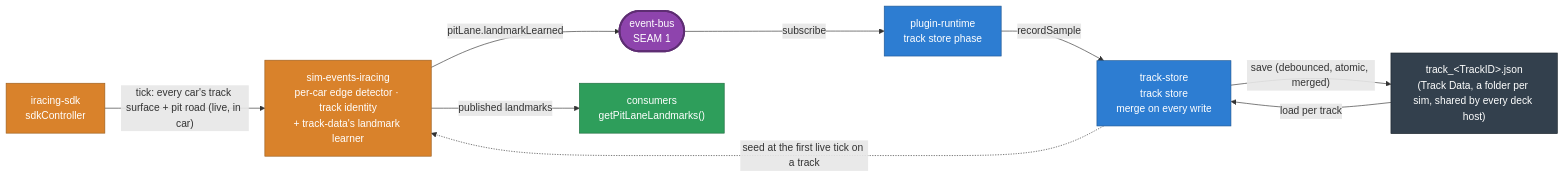
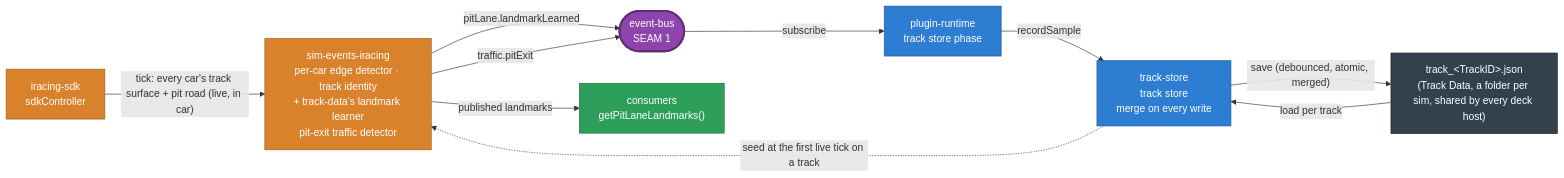
One commit to niklam/iracedeck changed the sixth of 9 diagrams in packages/website/src/content/docs/docs/development/architecture.md. Above: the diagram before and after it, drawn with Mermaid. The commit also changed other lines of this file and 234 other files, not shown here.

First line of the commit message:
feat(race-engineer): warn about traffic at the pit exit (#1113) (#1725)

````diff
--- a/packages/website/src/content/docs/docs/development/architecture.md
+++ b/packages/website/src/content/docs/docs/development/architecture.md
@@ -249,25 +249,26 @@
 ```mermaid
 flowchart LR
   sdk["iracing-sdk<br/>sdkController"]:::sim
-  trans["sim-events-iracing<br/>per-car edge detector · track identity<br/>+ track-data's landmark learner"]:::sim
+  trans["sim-events-iracing<br/>per-car edge detector · track identity<br/>+ track-data's landmark learner<br/>pit-exit traffic detector"]:::sim
   bus(["event-bus<br/>SEAM 1"]):::seam
   plugin["plugin-runtime<br/>track store phase"]:::core
   store["track-store<br/>track store<br/>merge on every write"]:::core
   file["track_&lt;TrackID&gt;.json<br/>(Track Data, a folder per sim, shared by every deck host)"]:::ext
   consumers["consumers<br/>getPitLaneLandmarks()"]:::audio
 
   sdk -->|"tick: every car's track surface + pit road (live, in car)"| trans
   trans -->|"pitLane.landmarkLearned"| bus
+  trans -->|"traffic.pitExit"| bus
   bus -->|"subscribe"| plugin
   plugin -->|"recordSample"| store
   store -->|"save (debounced, atomic, merged)"| file
   file -->|"load per track"| store
   store -.->|"seed at the first live tick on a track"| trans
   trans -->|"published landmarks"| consumers
 
   classDef ext fill:#33404d,color:#fff,stroke:#1d262e;
   classDef sim fill:#d9822b,color:#fff,stroke:#9c5e1f;
   classDef seam fill:#8e44ad,color:#fff,stroke:#5e2d73,stroke-width:3px;
   classDef core fill:#2d7dd2,color:#fff,stroke:#1f5793;
   classDef audio fill:#2e9e5b,color:#fff,stroke:#1f6e40;
 ```
````
